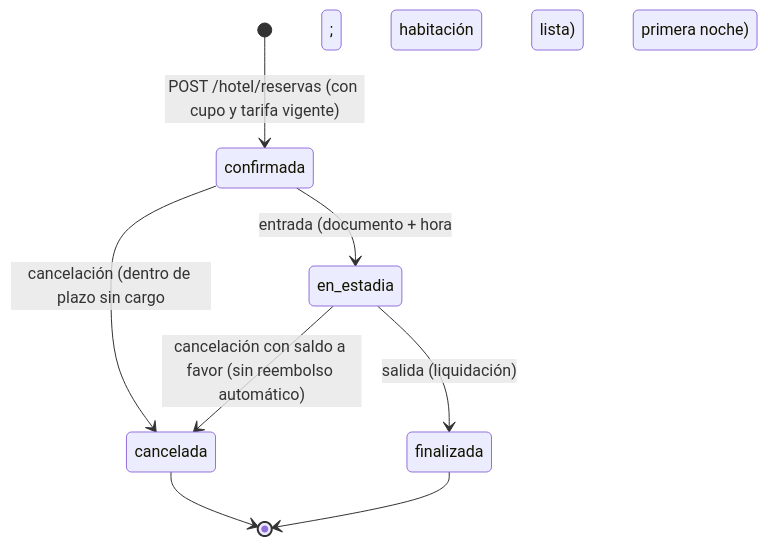
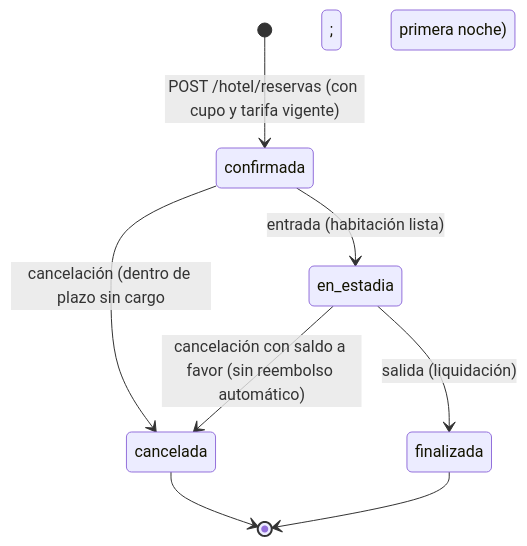
Before and after one commit to hotelherencia/plataforma-salman-herencia-oficial: the first of 2 diagrams in docs/funcional/dominio.md, drawn with Mermaid. The commit also changed other lines of this file and 31 other files, not shown here.

````diff
--- a/docs/funcional/dominio.md
+++ b/docs/funcional/dominio.md
@@ -21,10 +21,10 @@
 ```mermaid
 stateDiagram-v2
     [*] --> confirmada : POST /hotel/reservas (con cupo y tarifa vigente)
-    confirmada --> en_estadia : entrada (documento + hora; habitación lista)
+    confirmada --> en_estadia : entrada (habitación lista)
     confirmada --> cancelada : cancelación (dentro de plazo sin cargo; fuera: primera noche)
     en_estadia --> finalizada : salida (liquidación)
     en_estadia --> cancelada : cancelación con saldo a favor (sin reembolso automático)
     cancelada --> [*]
     finalizada --> [*]
 ```
````
